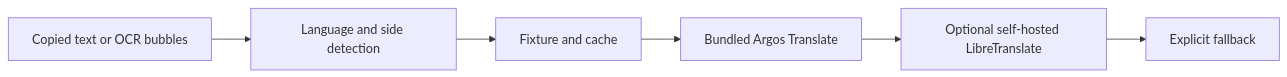
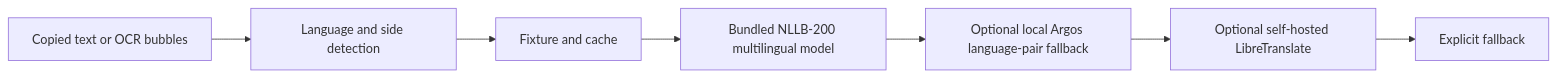
Before and after one commit to Festinz/talkbridge-mcp: the diagram in README.md, drawn with Mermaid. The commit also changed other lines of this file and 32 other files, not shown here.

Commit message:
Add broad local multilingual translation

````diff
--- a/README.md
+++ b/README.md
@@ -53,8 +54,9 @@
 ```mermaid
 flowchart LR
   A[Copied text or OCR bubbles] --> B[Language and side detection]
   B --> C[Fixture and cache]
-  C --> D[Bundled Argos Translate]
-  D --> E[Optional self-hosted LibreTranslate]
-  E --> F[Explicit fallback]
+  C --> D[Bundled NLLB-200 multilingual model]
+  D --> E[Optional local Argos language-pair fallback]
+  E --> F[Optional self-hosted LibreTranslate]
+  F --> G[Explicit fallback]
 ```
````
